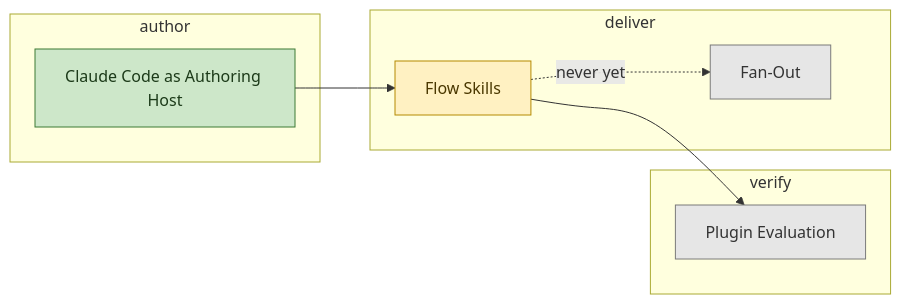
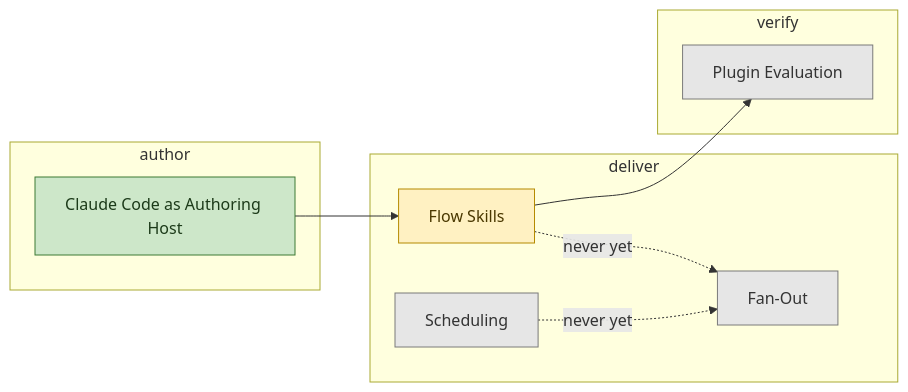
Before and after one commit to JSdotNet/ai-agent-stack: the diagram in .devbook/ai/adoption-map.md, drawn with Mermaid. The commit also changed other lines of this file, not shown here.

First line of the commit message:
Put Scheduling in the adoption picture

````diff
--- a/.devbook/ai/adoption-map.md
+++ b/.devbook/ai/adoption-map.md
@@ -29,22 +31,24 @@
 ```mermaid
 graph LR
   subgraph author
     host[Claude Code as Authoring Host]
   end
   subgraph deliver
     flows[Flow Skills]
     fanout[Fan-Out]
+    schedule[Scheduling]
   end
   subgraph verify
     eval[Plugin Evaluation]
   end
   host --> flows
   flows --> eval
   flows -. never yet .-> fanout
+  schedule -. never yet .-> fanout
   classDef adopted fill:#cde7c9,stroke:#3c7a35,color:#1c3a19;
   classDef trial fill:#fff1c2,stroke:#b58a00,color:#4a3800;
   classDef candidate fill:#e6e6e6,stroke:#7a7a7a,color:#333;
   class host adopted;
   class flows trial;
-  class fanout,eval candidate;
+  class fanout,schedule,eval candidate;
 ```
````
